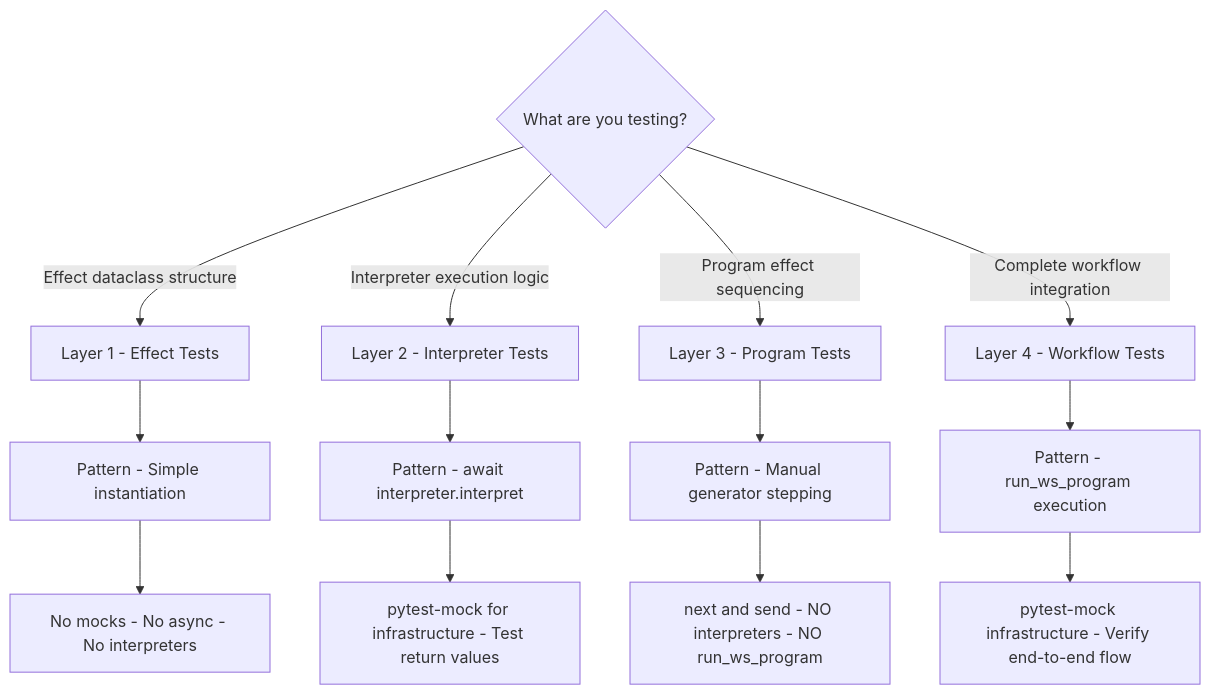
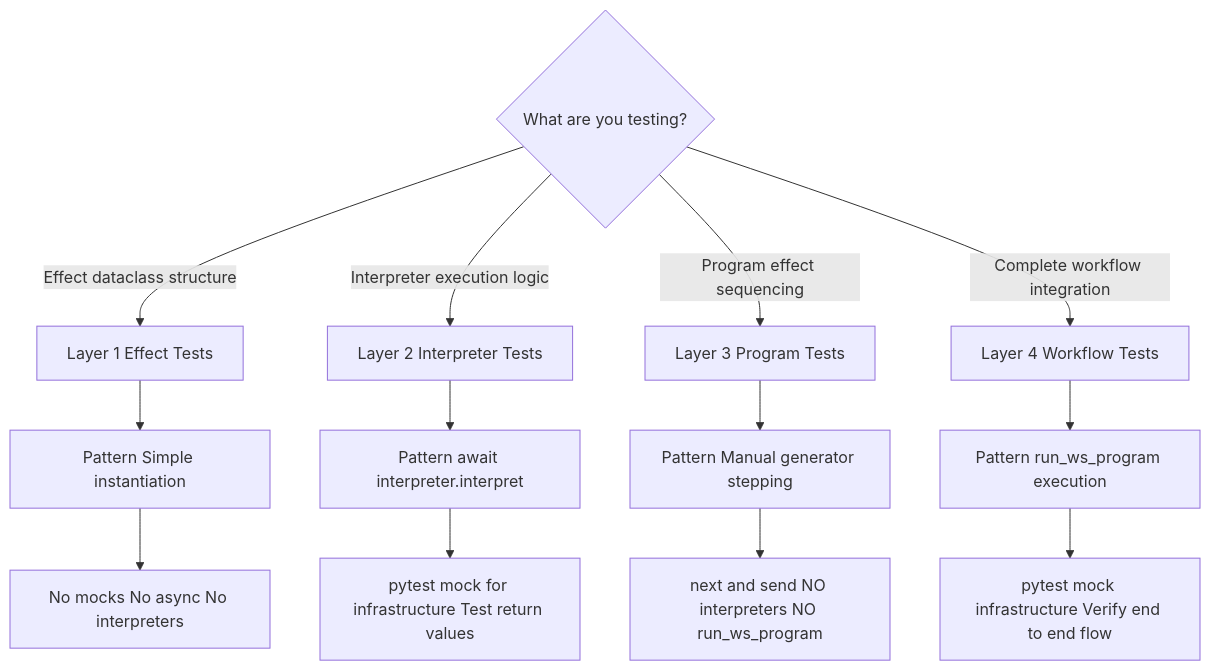
Before and after one commit to Tuee22/effectful: the fourth of 6 diagrams in documents/engineering/testing.md, drawn with Mermaid. The commit also changed other lines of this file and 193 other files, not shown here.

````diff
--- a/documents/engineering/testing.md
+++ b/documents/engineering/testing.md
@@ -1416,21 +1467,21 @@
 ```mermaid
 flowchart TB
   Start{What are you testing?}
 
-  Start -->|Effect dataclass structure| L1[Layer 1 - Effect Tests]
-  Start -->|Interpreter execution logic| L2[Layer 2 - Interpreter Tests]
-  Start -->|Program effect sequencing| L3[Layer 3 - Program Tests]
-  Start -->|Complete workflow integration| L4[Layer 4 - Workflow Tests]
+  Start -->|Effect dataclass structure| L1[Layer 1 Effect Tests]
+  Start -->|Interpreter execution logic| L2[Layer 2 Interpreter Tests]
+  Start -->|Program effect sequencing| L3[Layer 3 Program Tests]
+  Start -->|Complete workflow integration| L4[Layer 4 Workflow Tests]
 
-  L1 --> L1Pattern[Pattern - Simple instantiation]
-  L1Pattern --> L1Detail[No mocks - No async - No interpreters]
+  L1 --> L1Pattern[Pattern Simple instantiation]
+  L1Pattern --> L1Detail[No mocks No async No interpreters]
 
-  L2 --> L2Pattern[Pattern - await interpreter.interpret]
-  L2Pattern --> L2Detail[pytest-mock for infrastructure - Test return values]
+  L2 --> L2Pattern[Pattern await interpreter.interpret]
+  L2Pattern --> L2Detail[pytest mock for infrastructure Test return values]
 
-  L3 --> L3Pattern[Pattern - Manual generator stepping]
-  L3Pattern --> L3Detail[next and send - NO interpreters - NO run_ws_program]
+  L3 --> L3Pattern[Pattern Manual generator stepping]
+  L3Pattern --> L3Detail[next and send NO interpreters NO run_ws_program]
 
-  L4 --> L4Pattern[Pattern - run_ws_program execution]
-  L4Pattern --> L4Detail[pytest-mock infrastructure - Verify end-to-end flow]
+  L4 --> L4Pattern[Pattern run_ws_program execution]
+  L4Pattern --> L4Detail[pytest mock infrastructure Verify end to end flow]
 ```
````
